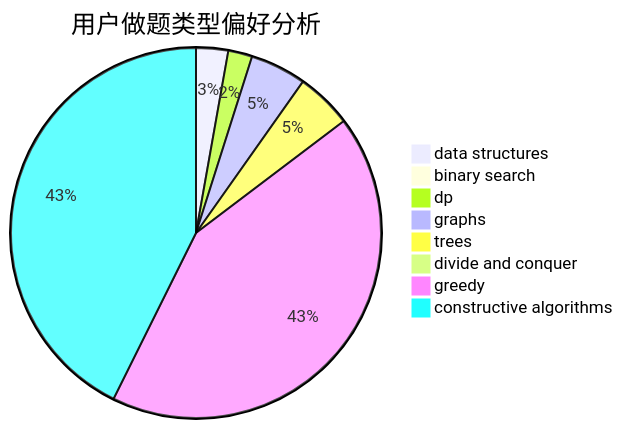
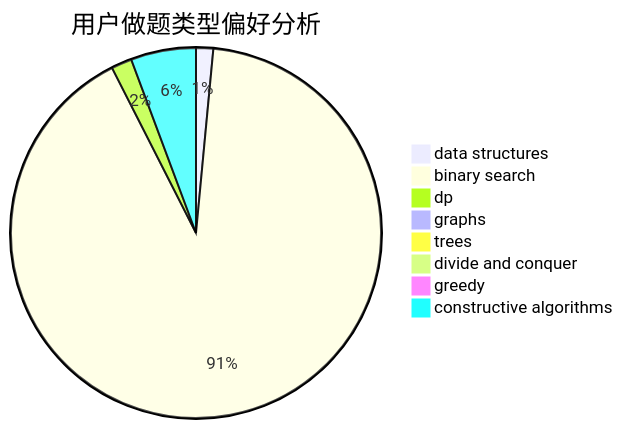
The second of 3 diagrams in docs/user/u741.md (sherpahu/cfrs.github.io), drawn with Mermaid before and after one commit. The commit also changed other lines of this file and 2770 other files, not shown here.

````diff
--- a/docs/user/u741.md
+++ b/docs/user/u741.md
@@ -23,11 +23,11 @@
 ```mermaid
 pie title 用户做题类型偏好分析
-    "data structures" :  4
-    "binary search" :  0
-    "dp" :  3
-    "graphs" :  7
-    "trees" :  7
+    "data structures" :  5
+    "binary search" :  304
+    "dp" :  6
+    "graphs" :  0
+    "trees" :  0
     "divide and conquer" :  0
-    "greedy" :  61
-    "constructive algorithms" :  61
+    "greedy" :  0
+    "constructive algorithms" :  19
 ```
````
